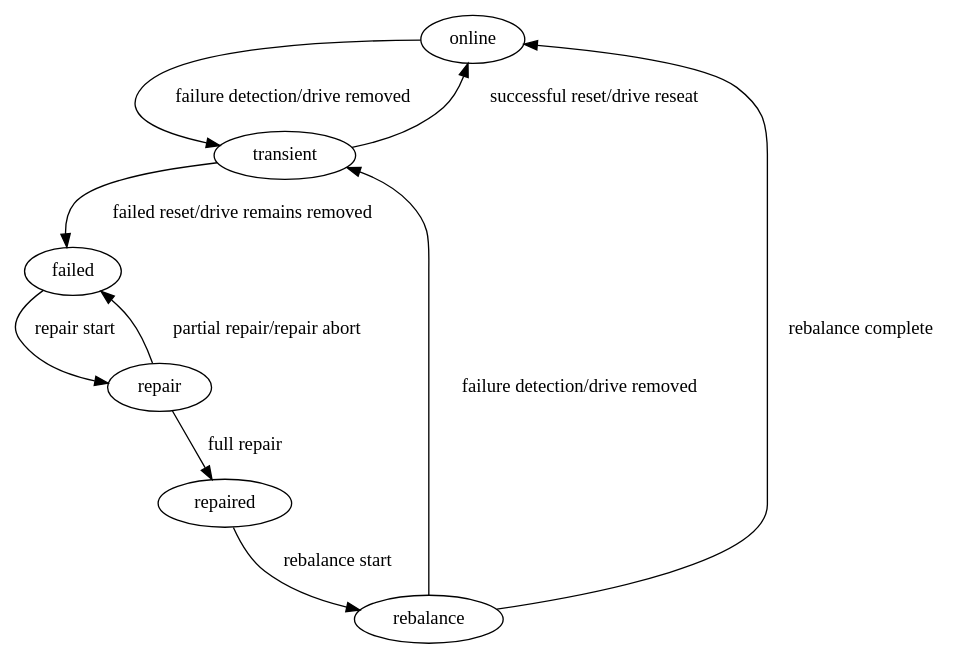
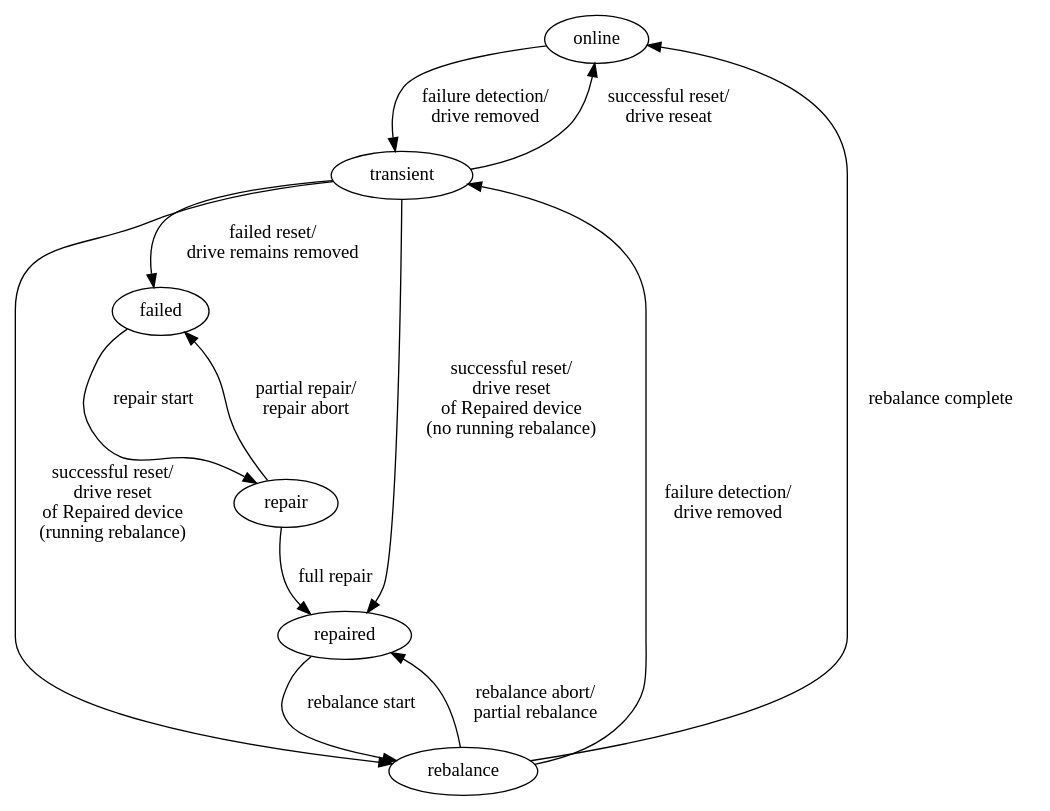
The diagram in mero-halon/doc/diagrams/sdev-state-transitions.dot (Seagate/halon), drawn with Graphviz before and after one commit. The commit also changed 3 other files, not shown here.

Commit message:
Update diagrams based on comments.

```diff
--- a/mero-halon/doc/diagrams/sdev-state-transitions.dot
+++ b/mero-halon/doc/diagrams/sdev-state-transitions.dot
@@ -1,29 +1,35 @@
 digraph {
     splines=true;
     node[shape=ellipse];
     online;
     transient;
     repair;
     rebalance;
     
-    edge[label="failure detection/drive removed"];
+    edge[label="failure detection/\ndrive removed"];
     online -> transient;
-    edge[label="successful reset/drive reseat"];
+    edge[label="successful reset/\ndrive reseat"];
     transient -> online;
-    edge[label="failed reset/drive remains removed"];
+    edge[label="failed reset/\ndrive remains removed"];
     transient -> failed;
+    edge[label="successful reset/\ndrive reset\n of Repaired device\n (no running rebalance)"];
+    transient -> repaired;
+    edge[label="successful reset/\ndrive reset\n of Repaired device\n (running rebalance)"];
+    transient -> rebalance;
 
     edge[label="repair start"];
     failed -> repair;
     edge[label="full repair"];
     repair -> repaired;
-    edge[label="partial repair/repair abort"];
+    edge[label="partial repair/\nrepair abort"];
     repair -> failed;
 
     edge[label="rebalance start"];
     repaired -> rebalance;
     edge[label="rebalance complete"];
     rebalance -> online;
-    edge[label="failure detection/drive removed"];
+    edge[label="rebalance abort/\npartial rebalance"];
+    rebalance->repaired;
+    edge[label="failure detection/\ndrive removed"];
     rebalance -> transient;
 }
```
